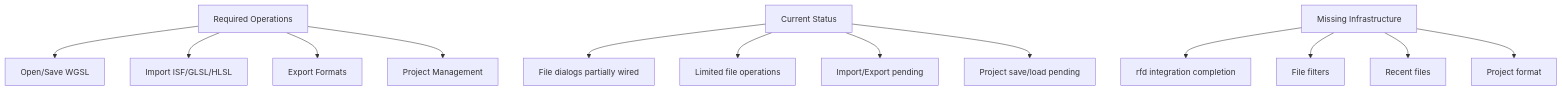
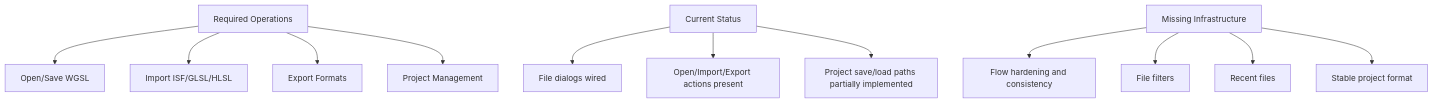
Before and after one commit to compiling-org/WGSL-Shader-Studio: the sixth of 11 diagrams in docs/WGSL_Shader_Studio_Technical_Architecture_Current.md, drawn with Mermaid. The commit also changed other lines of this file and 51 other files, not shown here.

````diff
--- a/docs/WGSL_Shader_Studio_Technical_Architecture_Current.md
+++ b/docs/WGSL_Shader_Studio_Technical_Architecture_Current.md
@@ -110,15 +110,14 @@
 ```mermaid
 flowchart TD
     Required[Required Operations] --> Dialogs[Open/Save WGSL]
     Required --> Import[Import ISF/GLSL/HLSL]
     Required --> Export[Export Formats]
     Required --> Projects[Project Management]
-    Current[Current Status] --> NoDialogs[File dialogs partially wired]
-    Current --> NoOps[Limited file operations]
-    Current --> NoImportExport[Import/Export pending]
-    Current --> NoSaveLoad[Project save/load pending]
-    Missing[Missing Infrastructure] --> RfdIntegration[rfd integration completion]
+    Current[Current Status] --> DialogsWired[File dialogs wired]
+    Current --> BasicOps[Open/Import/Export actions present]
+    Current --> SaveLoadPartial[Project save/load paths partially implemented]
+    Missing[Missing Infrastructure] --> Hardening[Flow hardening and consistency]
     Missing --> Filters[File filters]
     Missing --> Recent[Recent files]
-    Missing --> Format[Project format]
+    Missing --> Format[Stable project format]
 ```
````
